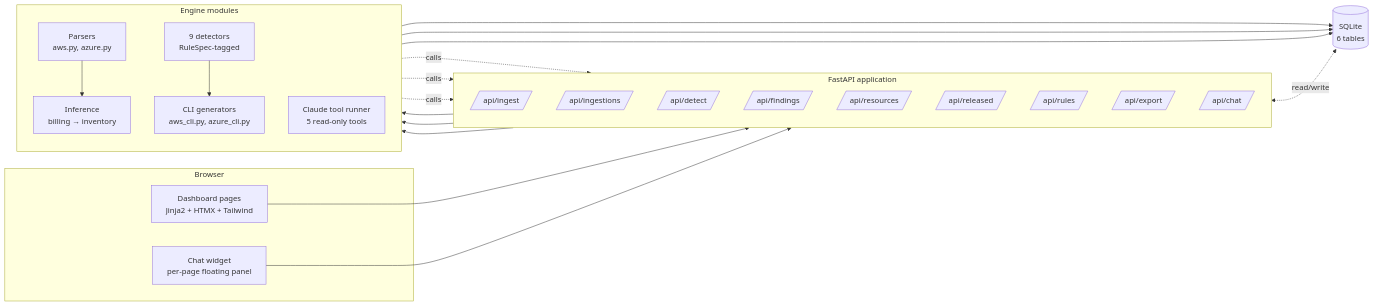
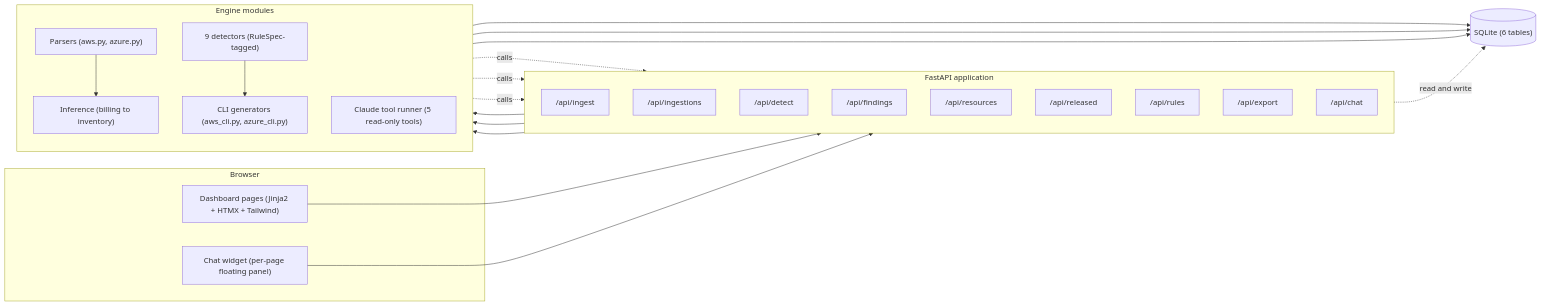
One commit to lo9i/finops changed the first of 3 diagrams in README.md. Above: the diagram before and after it, drawn with Mermaid. The commit also changed other lines of this file, not shown here.

First line of the commit message:
docs: fix Mermaid sequence diagram for GitHub renderer

````diff
--- a/README.md
+++ b/README.md
@@ -84,48 +84,48 @@
 ```mermaid
 flowchart LR
   subgraph Browser
-    UI[Dashboard pages<br/>Jinja2 + HTMX + Tailwind]
-    CHAT[Chat widget<br/>per-page floating panel]
+    UI["Dashboard pages (Jinja2 + HTMX + Tailwind)"]
+    CHAT["Chat widget (per-page floating panel)"]
   end
 
   subgraph FastAPI["FastAPI application"]
     direction TB
-    R1[/api/ingest/]
-    R2[/api/ingestions/]
-    R3[/api/detect/]
-    R4[/api/findings/]
-    R5[/api/resources/]
-    R6[/api/released/]
-    R7[/api/rules/]
-    R8[/api/export/]
-    R9[/api/chat/]
+    R1["/api/ingest"]
+    R2["/api/ingestions"]
+    R3["/api/detect"]
+    R4["/api/findings"]
+    R5["/api/resources"]
+    R6["/api/released"]
+    R7["/api/rules"]
+    R8["/api/export"]
+    R9["/api/chat"]
   end
 
   subgraph Engine["Engine modules"]
     direction TB
-    PARSE[Parsers<br/>aws.py, azure.py]
-    INFER[Inference<br/>billing → inventory]
-    DET[9 detectors<br/>RuleSpec-tagged]
-    REM[CLI generators<br/>aws_cli.py, azure_cli.py]
-    AI[Claude tool runner<br/>5 read-only tools]
+    PARSE["Parsers (aws.py, azure.py)"]
+    INFER["Inference (billing to inventory)"]
+    DET["9 detectors (RuleSpec-tagged)"]
+    REM["CLI generators (aws_cli.py, azure_cli.py)"]
+    AI["Claude tool runner (5 read-only tools)"]
   end
 
-  DB[(SQLite<br/>6 tables)]
+  DB[("SQLite (6 tables)")]
 
   UI --> FastAPI
   CHAT --> R9
   R9 --> AI
-  AI -.calls.-> R4
-  AI -.calls.-> R5
-  AI -.calls.-> R7
+  AI -. calls .-> R4
+  AI -. calls .-> R5
+  AI -. calls .-> R7
 
   R1 --> PARSE
   PARSE --> INFER
   INFER --> DB
   R3 --> DET
   DET --> REM
   DET --> DB
   REM --> DB
 
-  FastAPI <-.read/write.-> DB
+  FastAPI -. read and write .-> DB
 ```
````
